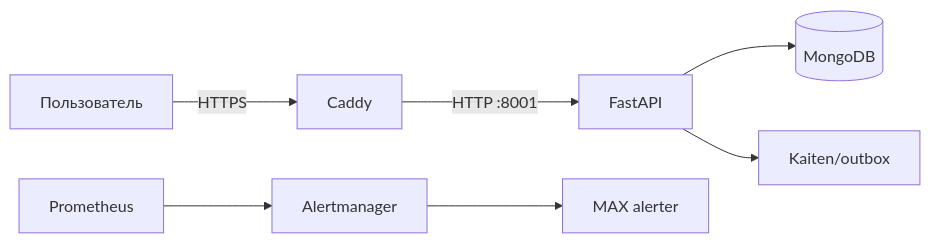
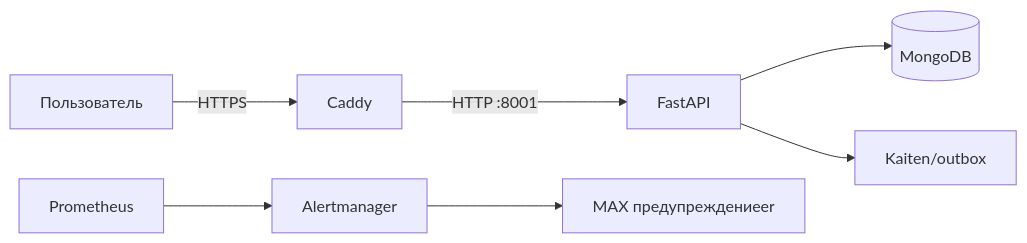
Before and after one commit to i1yxaluk-del/Newbie: the diagram in book/chapters/01-от-услуги-к-работающей-системе.md, drawn with Mermaid. The commit also changed other lines of this file and 47 other files, not shown here.

````diff
--- a/book/chapters/01-от-услуги-к-работающей-системе.md
+++ b/book/chapters/01-от-услуги-к-работающей-системе.md
@@ -39,9 +21,9 @@
 ```mermaid
 flowchart LR
 U[Пользователь] -->|HTTPS| C[Caddy]
 C -->|HTTP :8001| B[FastAPI]
 B --> M[(MongoDB)]
 B --> K[Kaiten/outbox]
 P[Prometheus] --> A[Alertmanager]
-A --> X[MAX alerter]
+A --> X[MAX предупреждениеer]
 ```
````
